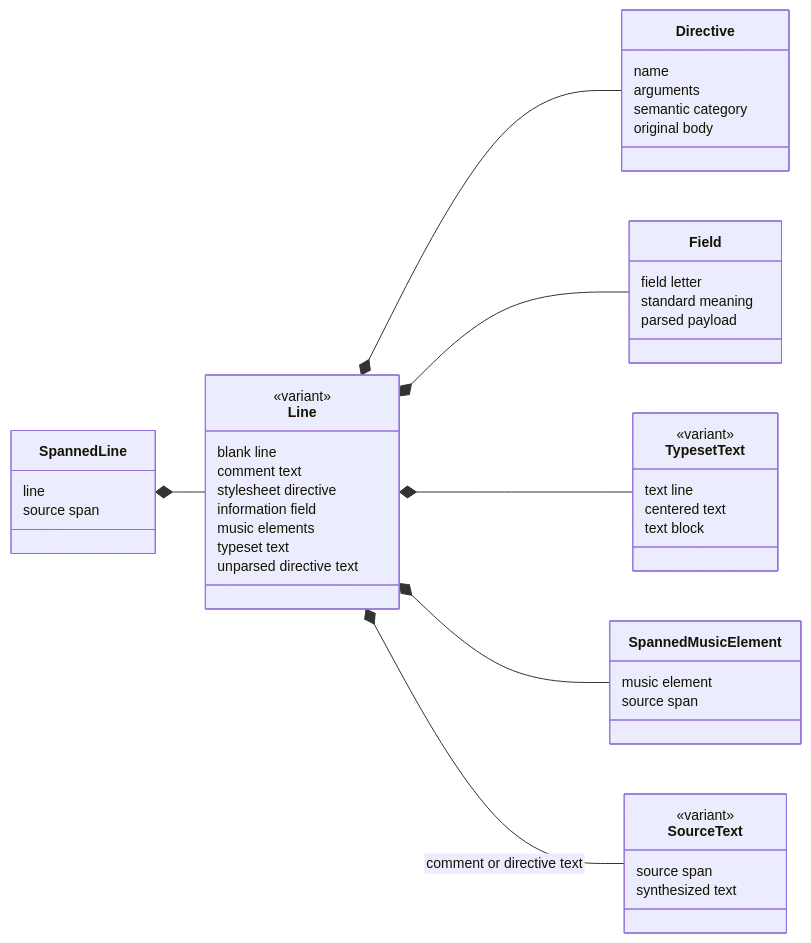
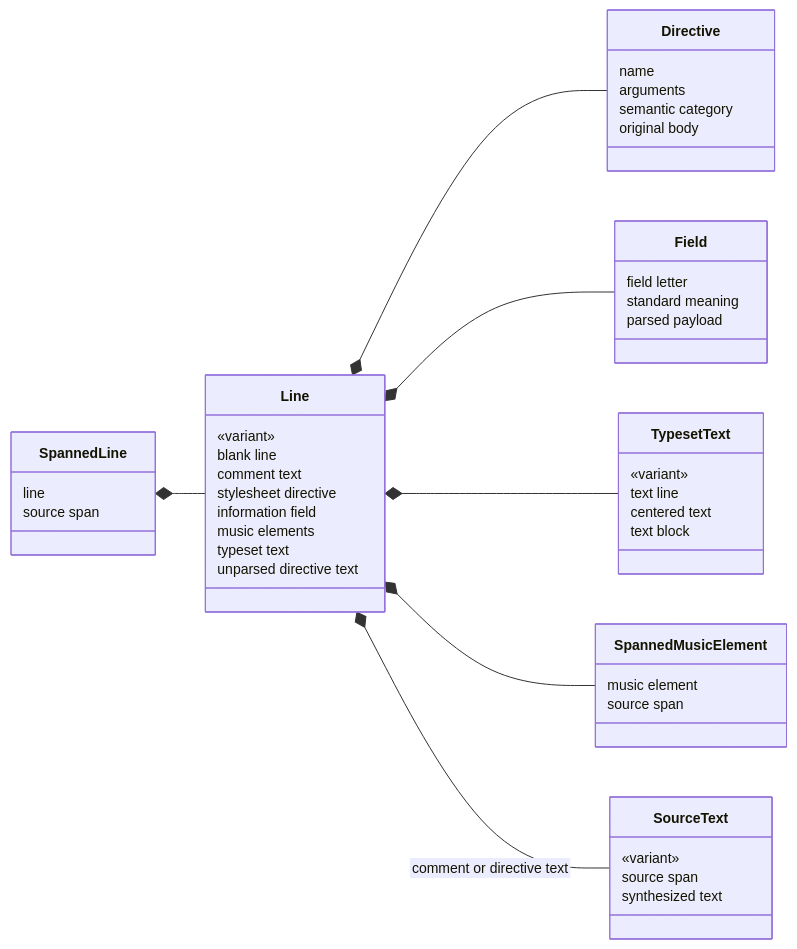
Before and after one commit to mauricebarnum/abc-parser: the fifth of 8 diagrams in abc-parser/docs/architecture.md, drawn with Mermaid. The commit also changed other lines of this file, not shown here.

First line of the commit message:
Fix mermaid classDiagram rendering in architecture docs

````diff
--- a/abc-parser/docs/architecture.md
+++ b/abc-parser/docs/architecture.md
@@ -347,56 +347,56 @@
 ```mermaid
 ---
 config:
   htmlLabels: false
   themeVariables:
     fontSize: 14px
 ---
 classDiagram
     direction LR
     class SpannedLine {
         line
         source span
     }
     class Line {
-        <<variant>>
+        «variant»
         blank line
         comment text
         stylesheet directive
         information field
         music elements
         typeset text
         unparsed directive text
     }
     class Directive {
         name
         arguments
         semantic category
         original body
     }
     class Field {
         field letter
         standard meaning
         parsed payload
     }
     class TypesetText {
-        <<variant>>
+        «variant»
         text line
         centered text
         text block
     }
     class SpannedMusicElement {
         music element
         source span
     }
     class SourceText {
-        <<variant>>
+        «variant»
         source span
         synthesized text
     }
     SpannedLine *-- Line
     Line *-- Directive
     Line *-- Field
     Line *-- TypesetText
     Line *-- SpannedMusicElement
     Line *-- SourceText : comment or directive text
 ```
````
